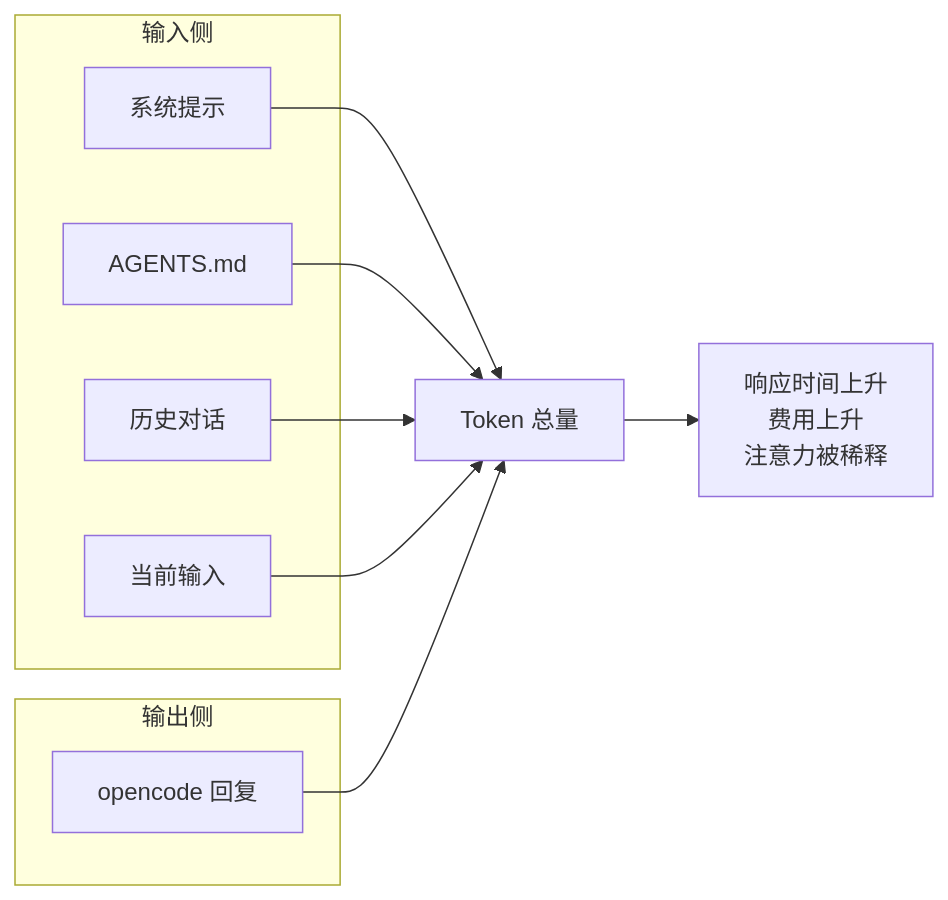
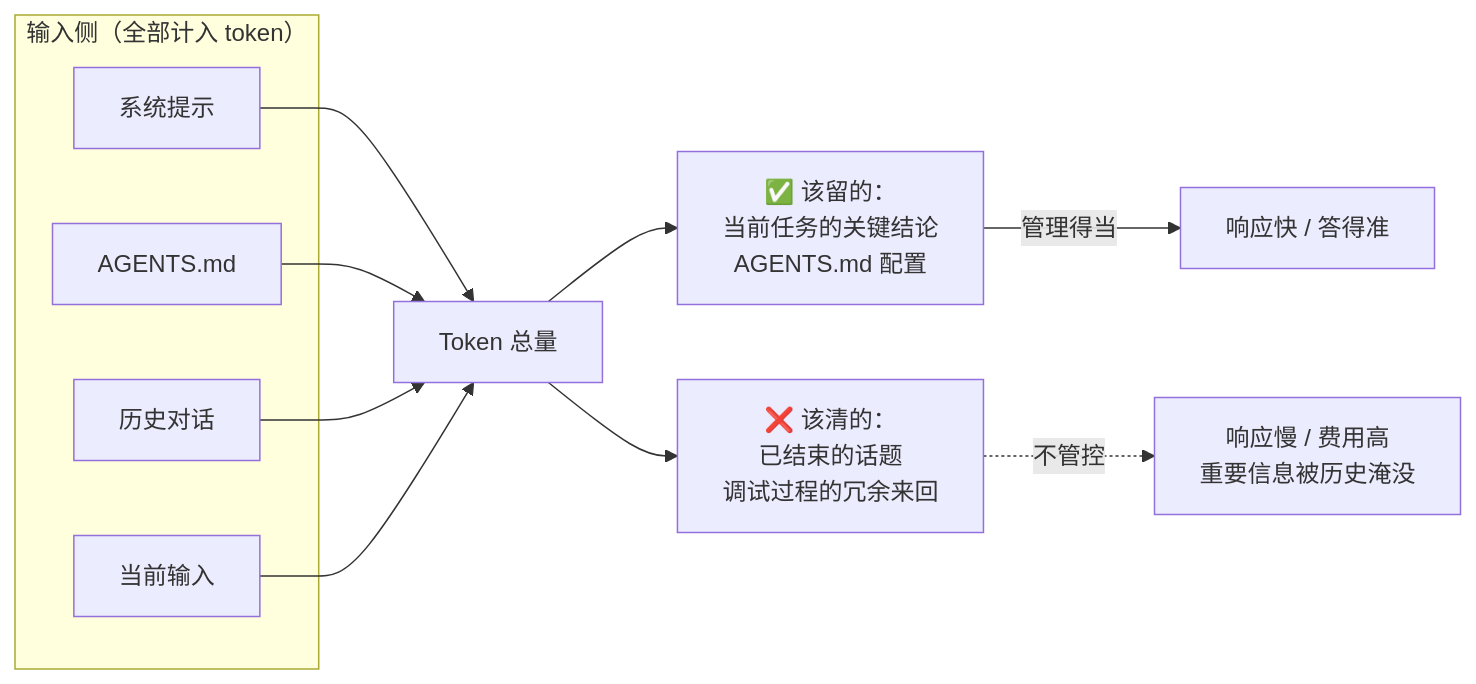
One commit to masonsxu/notes changed the seventh of 8 diagrams in ppt/ppt2-advanced/opencode-advanced-techniques.md. Above: the diagram before and after it, drawn with Mermaid. The commit also changed other lines of this file and 1 other file, not shown here.

First line of the commit message:
refactor: 重写 opencode 入门与进阶文稿，面向非专业人士重构

````diff
--- a/ppt/ppt2-advanced/opencode-advanced-techniques.md
+++ b/ppt/ppt2-advanced/opencode-advanced-techniques.md
@@ -332,18 +393,17 @@
 ```mermaid
 flowchart LR
-    subgraph IN["输入侧"]
-        I1[系统提示]
-        I2[AGENTS.md]
-        I3[历史对话]
-        I4[当前输入]
+    subgraph IN["输入侧（全部计入 token）"]
+        I1["系统提示"]
+        I2["AGENTS.md"]
+        I3["历史对话"]
+        I4["当前输入"]
     end
-    subgraph OUT["输出侧"]
-        O1[opencode 回复]
-    end
-    I1 --> TK[Token 总量]
+    I1 --> TK["Token 总量"]
     I2 --> TK
     I3 --> TK
     I4 --> TK
-    O1 --> TK
-    TK --> EF["响应时间上升<br/>费用上升<br/>注意力被稀释"]
+    TK --> KEEP["✅ 该留的：<br/>当前任务的关键结论<br/>AGENTS.md 配置"]
+    TK --> CLEAR["❌ 该清的：<br/>已结束的话题<br/>调试过程的冗余来回"]
+    KEEP -->|"管理得当"| GOOD["响应快 / 答得准"]
+    CLEAR -.->|"不管控"| BAD["响应慢 / 费用高<br/>重要信息被历史淹没"]
 ```
````
